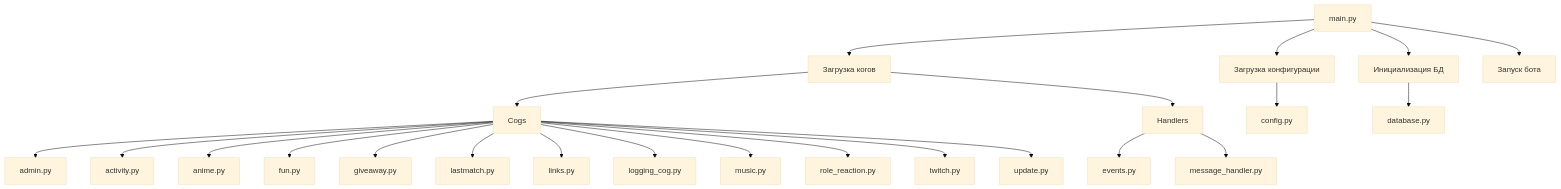
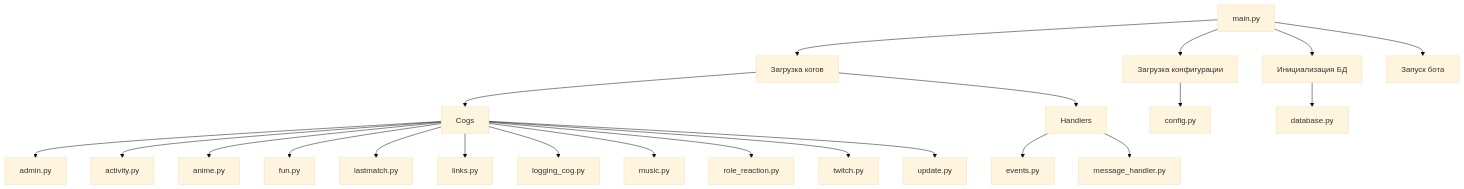
Before and after one commit to Twinlab/pd_bot: the first of 8 diagrams in docs/ARCHITECTURE.md, drawn with Mermaid (base theme). The commit also changed other lines of this file and 26 other files, not shown here.

````diff
--- a/docs/ARCHITECTURE.md
+++ b/docs/ARCHITECTURE.md
@@ -5,28 +5,27 @@
 ```mermaid
 graph TD
     A[main.py] --> B[Загрузка конфигурации]
     A --> C[Инициализация БД]
     A --> D[Загрузка когов]
     A --> E[Запуск бота]
 
     D --> F[Cogs]
     F --> F1[admin.py]
     F --> F2[activity.py]
     F --> F3[anime.py]
     F --> F4[fun.py]
-    F --> F5[giveaway.py]
     F --> F6[lastmatch.py]
     F --> F7[links.py]
     F --> F8[logging_cog.py]
     F --> F9[music.py]
     F --> F10[role_reaction.py]
     F --> F11[twitch.py]
     F --> F12[update.py]
 
     D --> G[Handlers]
     G --> G1[events.py]
     G --> G2[message_handler.py]
 
     B --> H[config.py]
     C --> I[database.py]
 ```
````
